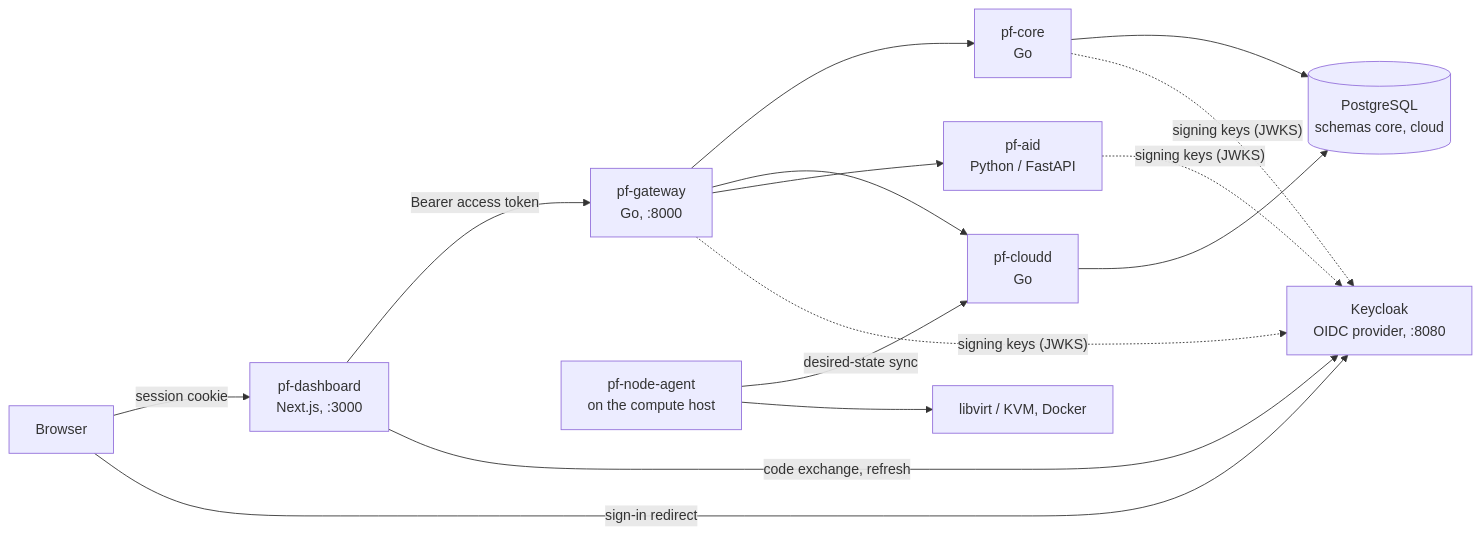
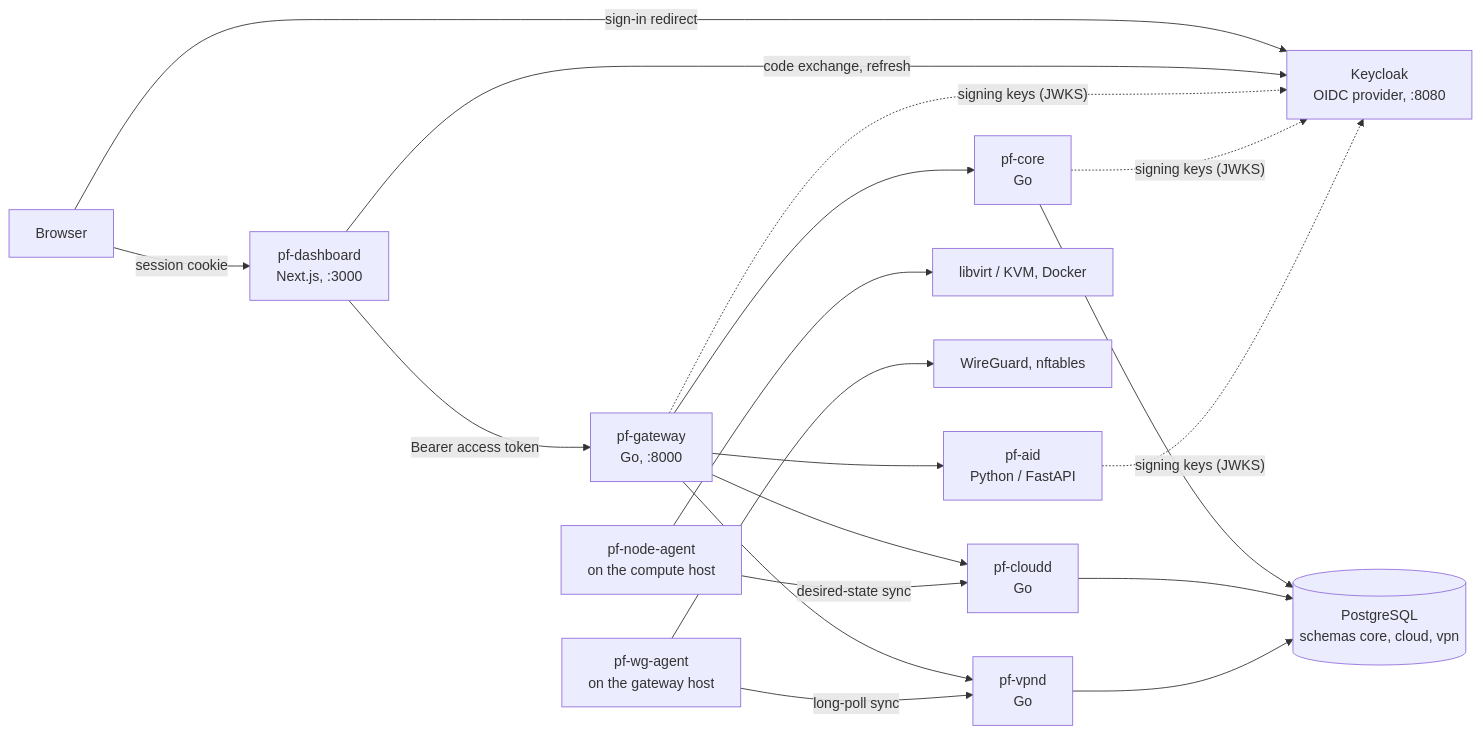
One commit to commonvtake/ParallelF changed the diagram in README.md. Above: the diagram before and after it, drawn with Mermaid. The commit also changed other lines of this file and 6 other files, not shown here.

````diff
--- a/README.md
+++ b/README.md
@@ -26,17 +27,21 @@
 ```mermaid
 flowchart LR
     B["Browser"] -->|"session cookie"| D["pf-dashboard<br/>Next.js, :3000"]
     B -->|"sign-in redirect"| K["Keycloak<br/>OIDC provider, :8080"]
     D -->|"Bearer access token"| G["pf-gateway<br/>Go, :8000"]
     D -->|"code exchange, refresh"| K
     G --> C["pf-core<br/>Go"]
     G --> CL["pf-cloudd<br/>Go"]
     G --> A["pf-aid<br/>Python / FastAPI"]
-    C --> P[("PostgreSQL<br/>schemas core, cloud")]
+    C --> P[("PostgreSQL<br/>schemas core, cloud, vpn")]
+    G --> VP["pf-vpnd<br/>Go"]
     CL --> P
+    VP --> P
     N["pf-node-agent<br/>on the compute host"] -->|"desired-state sync"| CL
     N --> V["libvirt / KVM, Docker"]
+    WA["pf-wg-agent<br/>on the gateway host"] -->|"long-poll sync"| VP
+    WA --> WG["WireGuard, nftables"]
     G -. "signing keys (JWKS)" .-> K
     C -. "signing keys (JWKS)" .-> K
     A -. "signing keys (JWKS)" .-> K
 ```
````
